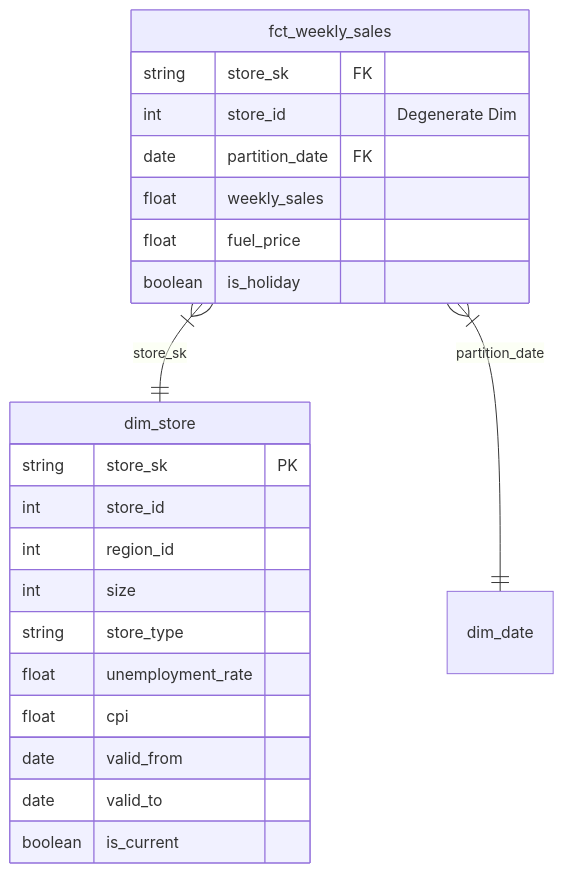
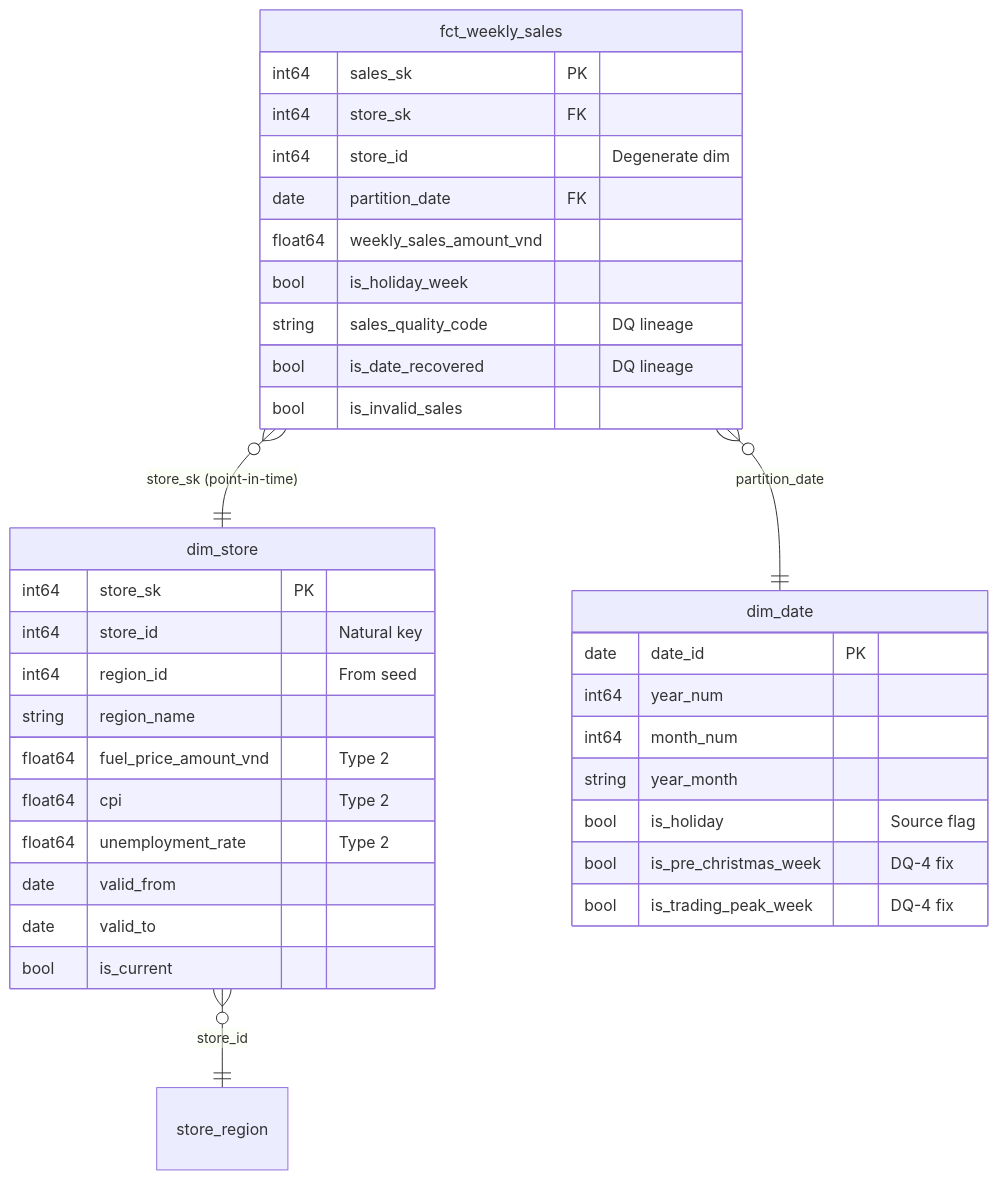
Before and after one commit to gotbutchi/2026-ICONIC: the diagram in docs/report/stage1.md, drawn with Mermaid. The commit also changed other lines of this file, not shown here.

First line of the commit message:
docs(stage1): document 4 DQ issues, correct the DDL, size the ecosystem joins

````diff
--- a/docs/report/stage1.md
+++ b/docs/report/stage1.md
@@ -29,27 +138,41 @@
 ```mermaid
 erDiagram
-    fct_weekly_sales }|--|| dim_store : "store_sk"
-    fct_weekly_sales }|--|| dim_date : "partition_date"
-    
+    fct_weekly_sales }o--|| dim_store : "store_sk (point-in-time)"
+    fct_weekly_sales }o--|| dim_date : "partition_date"
+    dim_store }o--|| store_region : "store_id"
+
     fct_weekly_sales {
-        string store_sk FK
-        int store_id "Degenerate Dim"
+        int64 sales_sk PK
+        int64 store_sk FK
+        int64 store_id "Degenerate dim"
         date partition_date FK
-        float weekly_sales
-        float fuel_price
-        boolean is_holiday
+        float64 weekly_sales_amount_vnd
+        bool is_holiday_week
+        string sales_quality_code "DQ lineage"
+        bool is_date_recovered "DQ lineage"
+        bool is_invalid_sales
     }
-    
+
     dim_store {
-        string store_sk PK
-        int store_id
-        int region_id
-        int size
-        string store_type
-        float unemployment_rate
-        float cpi
+        int64 store_sk PK
+        int64 store_id "Natural key"
+        int64 region_id "From seed"
+        string region_name
+        float64 fuel_price_amount_vnd "Type 2"
+        float64 cpi "Type 2"
+        float64 unemployment_rate "Type 2"
         date valid_from
         date valid_to
-        boolean is_current
+        bool is_current
+    }
+
+    dim_date {
+        date date_id PK
+        int64 year_num
+        int64 month_num
+        string year_month
+        bool is_holiday "Source flag"
+        bool is_pre_christmas_week "DQ-4 fix"
+        bool is_trading_peak_week "DQ-4 fix"
     }
 ```
````
